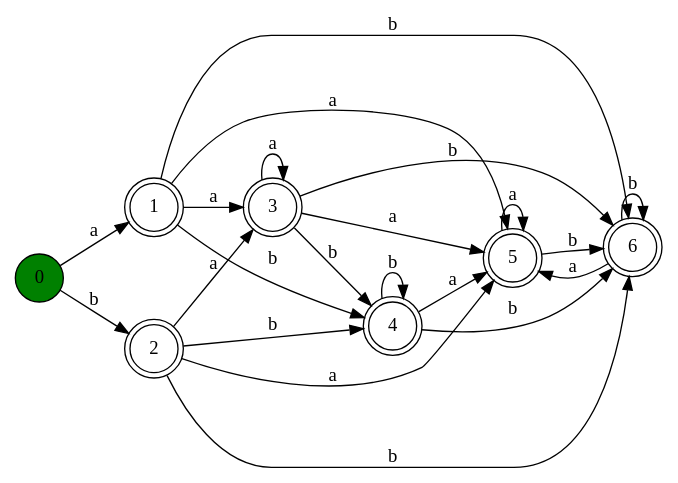
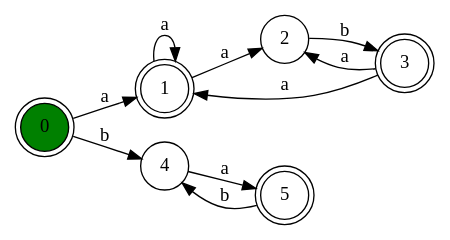
The diagram in dot.dot (titusse3/glushkov-automata), drawn with Graphviz before and after one commit. The commit also changed 4 other files, not shown here.

```diff
--- a/dot.dot
+++ b/dot.dot
@@ -1,45 +1,30 @@
 digraph {
     graph [rankdir=LR];
-    0 [shape=circle
+    0 [shape=doublecircle
       ,fillcolor=green
       ,style=filled];
     1 [shape=doublecircle
       ,fillcolor=white
       ,style=filled];
-    2 [shape=doublecircle
+    2 [shape=circle
       ,fillcolor=white
       ,style=filled];
     3 [shape=doublecircle
       ,fillcolor=white
       ,style=filled];
-    4 [shape=doublecircle
+    4 [shape=circle
       ,fillcolor=white
       ,style=filled];
     5 [shape=doublecircle
       ,fillcolor=white
       ,style=filled];
-    6 [shape=doublecircle
-      ,fillcolor=white
-      ,style=filled];
     0 -> 1 [label=a];
-    0 -> 2 [label=b];
-    1 -> 3 [label=a];
-    1 -> 4 [label=b];
-    1 -> 5 [label=a];
-    1 -> 6 [label=b];
-    2 -> 3 [label=a];
-    2 -> 4 [label=b];
-    2 -> 5 [label=a];
-    2 -> 6 [label=b];
-    3 -> 3 [label=a];
-    3 -> 4 [label=b];
-    3 -> 5 [label=a];
-    3 -> 6 [label=b];
-    4 -> 4 [label=b];
+    0 -> 4 [label=b];
+    1 -> 1 [label=a];
+    1 -> 2 [label=a];
+    2 -> 3 [label=b];
+    3 -> 1 [label=a];
+    3 -> 2 [label=a];
     4 -> 5 [label=a];
-    4 -> 6 [label=b];
-    5 -> 5 [label=a];
-    5 -> 6 [label=b];
-    6 -> 5 [label=a];
-    6 -> 6 [label=b];
+    5 -> 4 [label=b];
 }
```
